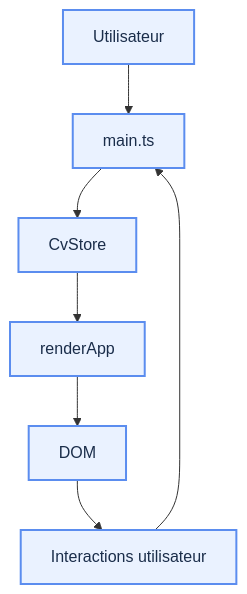
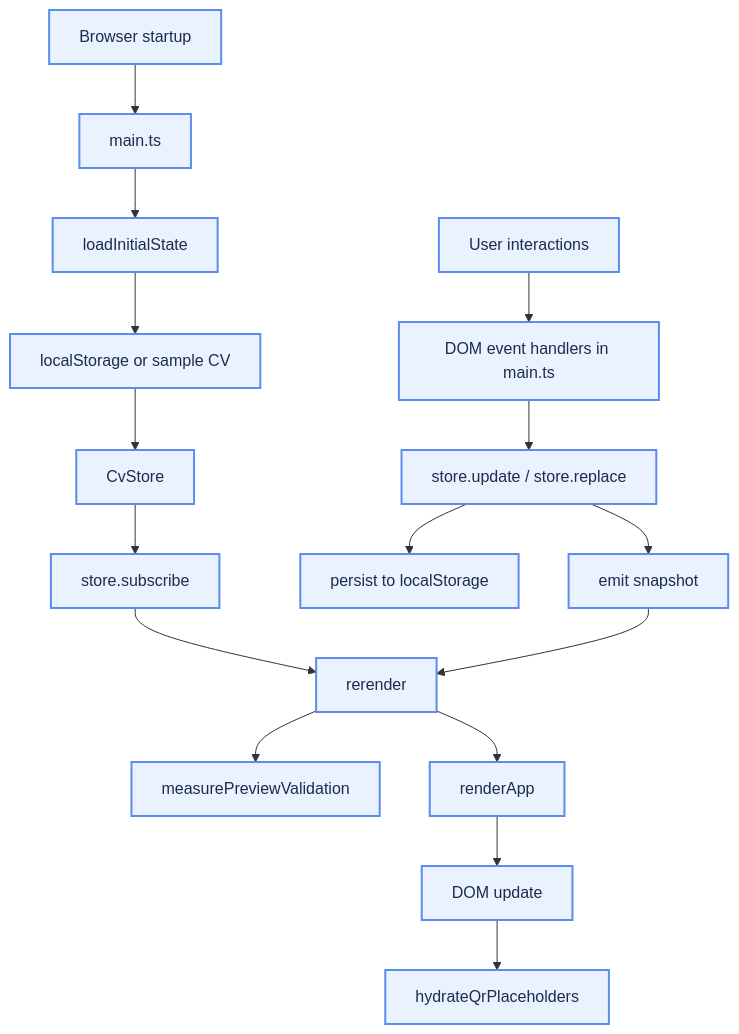
Before and after one commit to ClementV78/cv-generator-mcp: the second of 8 diagrams in APPLICATION_ARCHITECTURE_CV_GENERATOR.md, drawn with Mermaid. The commit also changed other lines of this file and 13 other files, not shown here.

````diff
--- a/APPLICATION_ARCHITECTURE_CV_GENERATOR.md
+++ b/APPLICATION_ARCHITECTURE_CV_GENERATOR.md
@@ -133,12 +152,23 @@
 ```mermaid
 flowchart TD
-    A[Utilisateur] --> B[main.ts]
-    B --> C[CvStore]
-    C --> D[renderApp]
-    D --> E[DOM]
-    E --> F[Interactions utilisateur]
-    F --> B
+    A[Browser startup] --> B[main.ts]
+    B --> C[loadInitialState]
+    C --> D[localStorage or sample CV]
+    D --> E[CvStore]
+
+    E --> F["store.subscribe"]
+    F --> G["rerender"]
+    G --> H[measurePreviewValidation]
+    G --> I[renderApp]
+    I --> J[DOM update]
+    J --> K[hydrateQrPlaceholders]
+
+    L[User interactions] --> M[DOM event handlers in main.ts]
+    M --> N["store.update / store.replace"]
+    N --> O[persist to localStorage]
+    N --> P[emit snapshot]
+    P --> G
 
     classDef ui fill:#EAF2FF,stroke:#5B8DEF,color:#1A2D4A,stroke-width:2px;
-    class A,B,C,D,E,F ui;
+    class A,B,C,D,E,F,G,H,I,J,K,L,M,N,O,P ui;
 ```
````
